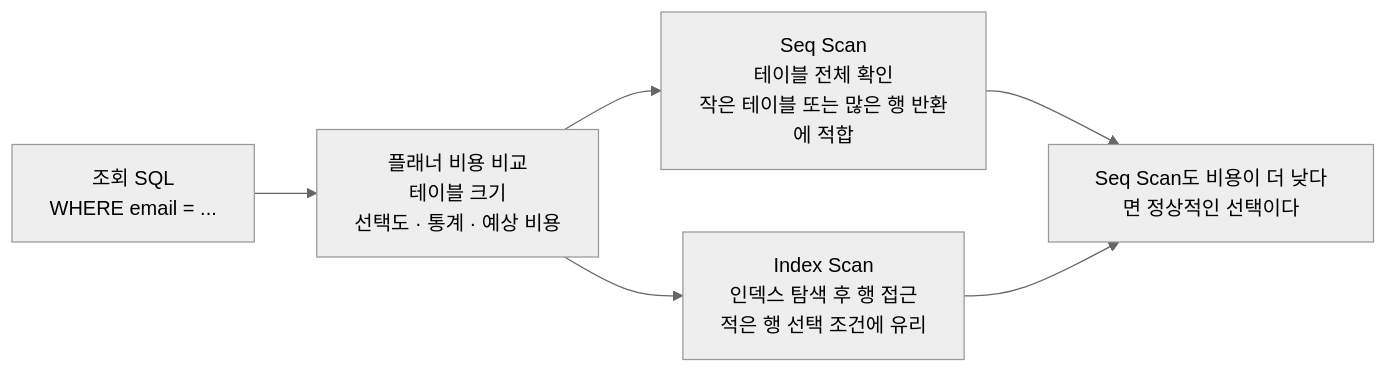
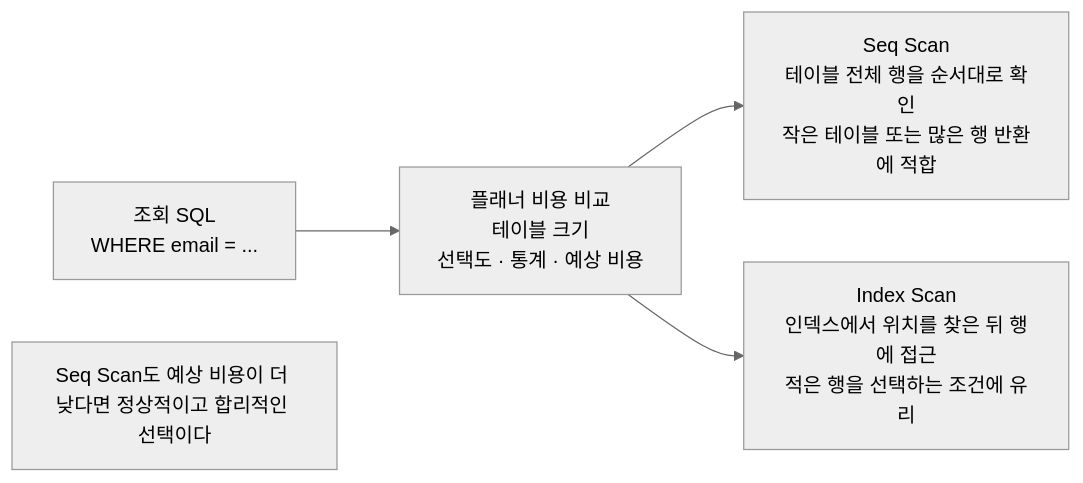
One commit to GilbertMoon/ai-database-book changed the diagram in images/chapter10/ch10_02_table_scan_vs_index_scan.mmd. Above: the diagram before and after it, drawn with Mermaid (neutral theme).

Commit message:
chore: sync scan comparison mermaid with SVG layout

```diff
--- a/images/chapter10/ch10_02_table_scan_vs_index_scan.mmd
+++ b/images/chapter10/ch10_02_table_scan_vs_index_scan.mmd
@@ -1,12 +1,10 @@
 flowchart LR
     A[조회 SQL<br/>WHERE email = ...]
     P[플래너 비용 비교<br/>테이블 크기<br/>선택도 · 통계 · 예상 비용]
-    B[Seq Scan<br/>테이블 전체 확인<br/>작은 테이블 또는 많은 행 반환에 적합]
-    C[Index Scan<br/>인덱스 탐색 후 행 접근<br/>적은 행 선택 조건에 유리]
-    N[Seq Scan도 비용이 더 낮다면 정상적인 선택이다]
+    B[Seq Scan<br/>테이블 전체 행을 순서대로 확인<br/>작은 테이블 또는 많은 행 반환에 적합]
+    C[Index Scan<br/>인덱스에서 위치를 찾은 뒤 행에 접근<br/>적은 행을 선택하는 조건에 유리]
+    N[Seq Scan도 예상 비용이 더 낮다면 정상적이고 합리적인 선택이다]
 
     A --> P
     P --> B
     P --> C
-    B --> N
-    C --> N
```
